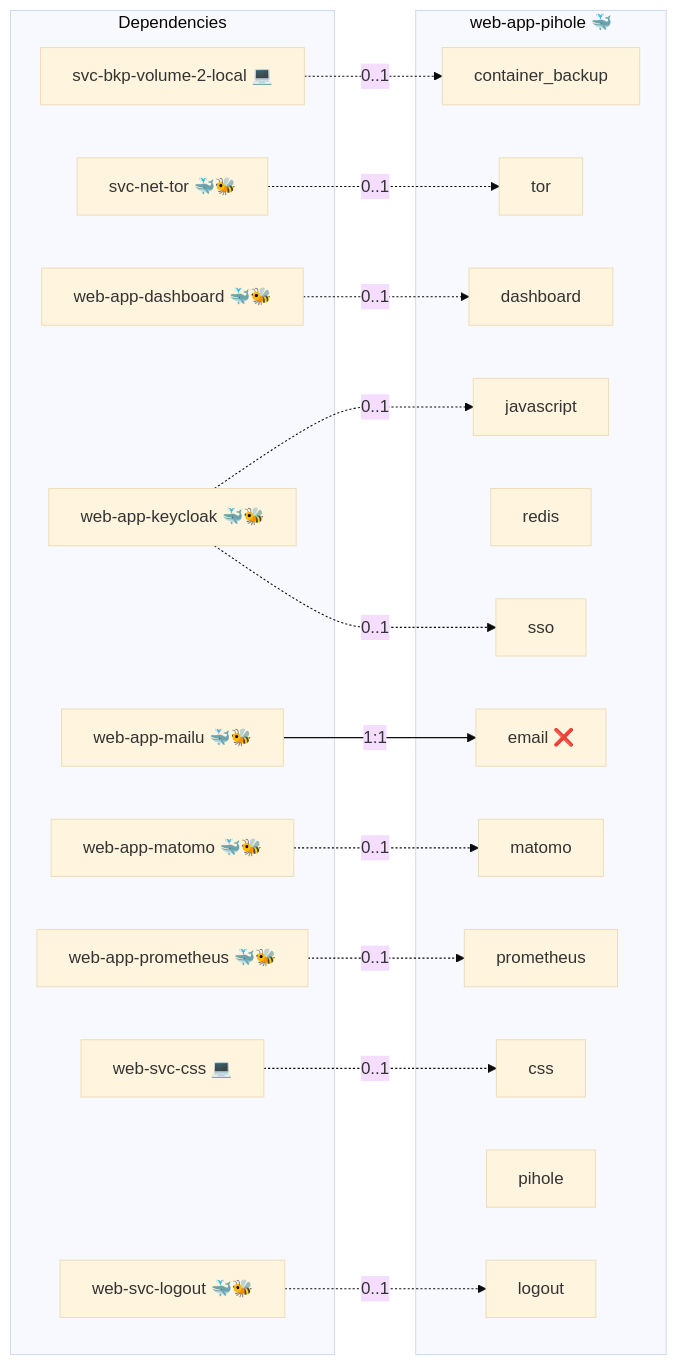
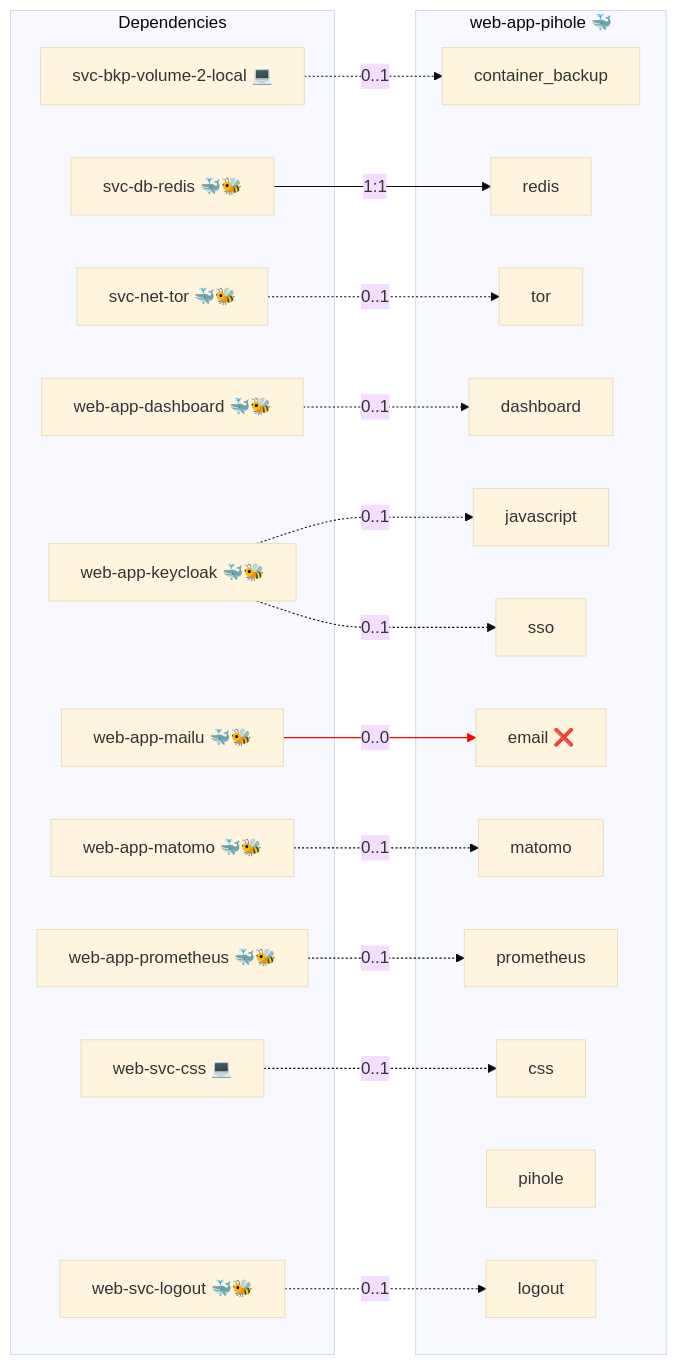
One commit to AlejandroRomanIbanez/infinito-nexus changed the diagram in roles/web-app-pihole/README.md. Above: the diagram before and after it, drawn with Mermaid (base theme). The commit also changed other lines of this file and 256 other files, not shown here.

````diff
--- a/roles/web-app-pihole/README.md
+++ b/roles/web-app-pihole/README.md
@@ -17,38 +17,41 @@
 ```mermaid
 flowchart LR
     subgraph deps [Dependencies]
         dep_svc_bkp_volume_2_local["svc-bkp-volume-2-local 💻"]
+        dep_svc_db_redis["svc-db-redis 🐳🐝"]
         dep_svc_net_tor["svc-net-tor 🐳🐝"]
         dep_web_app_dashboard["web-app-dashboard 🐳🐝"]
         dep_web_app_keycloak["web-app-keycloak 🐳🐝"]
         dep_web_app_mailu["web-app-mailu 🐳🐝"]
         dep_web_app_matomo["web-app-matomo 🐳🐝"]
         dep_web_app_prometheus["web-app-prometheus 🐳🐝"]
         dep_web_svc_css["web-svc-css 💻"]
         dep_web_svc_logout["web-svc-logout 🐳🐝"]
     end
     subgraph role [web-app-pihole 🐳]
         svc_logout["logout"]
         svc_dashboard["dashboard"]
         svc_matomo["matomo"]
         svc_email["email ❌"]
         svc_redis["redis"]
         svc_javascript["javascript"]
         svc_prometheus["prometheus"]
         svc_tor["tor"]
         svc_css["css"]
         svc_sso["sso"]
         svc_pihole["pihole"]
         svc_container_backup["container_backup"]
     end
     dep_svc_bkp_volume_2_local -. "0..1" .-> svc_container_backup
+    dep_svc_db_redis -- "1:1" --> svc_redis
     dep_svc_net_tor -. "0..1" .-> svc_tor
     dep_web_app_dashboard -. "0..1" .-> svc_dashboard
     dep_web_app_keycloak -. "0..1" .-> svc_javascript
     dep_web_app_keycloak -. "0..1" .-> svc_sso
-    dep_web_app_mailu -- "1:1" --> svc_email
+    dep_web_app_mailu -- "0..0" --> svc_email
     dep_web_app_matomo -. "0..1" .-> svc_matomo
     dep_web_app_prometheus -. "0..1" .-> svc_prometheus
     dep_web_svc_css -. "0..1" .-> svc_css
     dep_web_svc_logout -. "0..1" .-> svc_logout
+    linkStyle 6 stroke:red;
 ```
````
